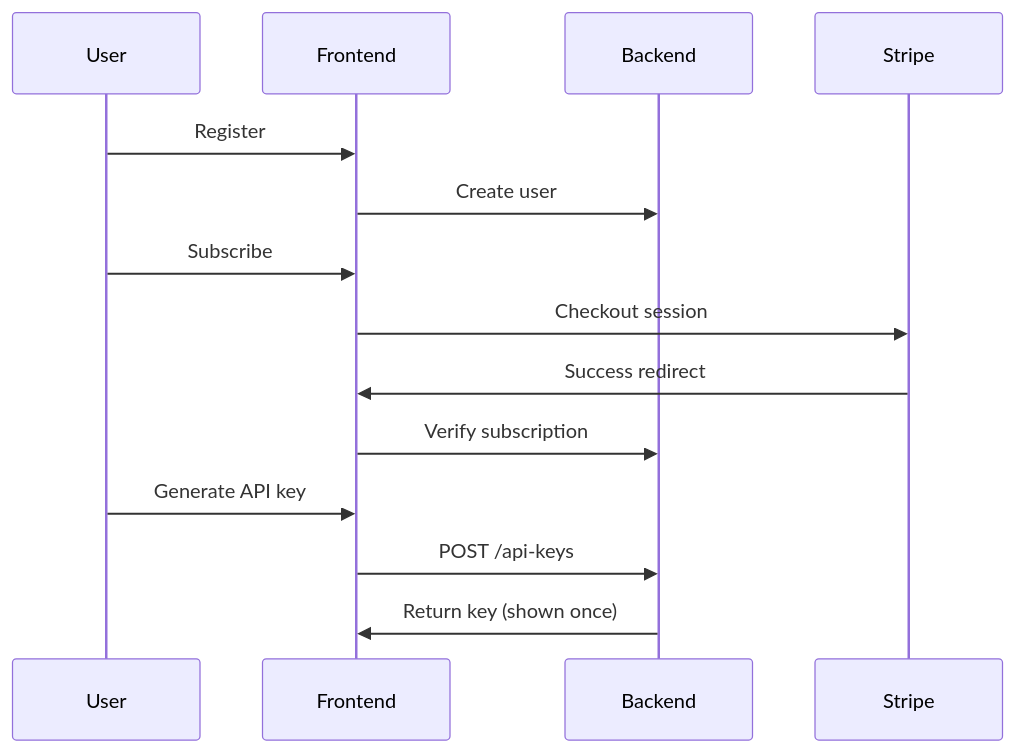
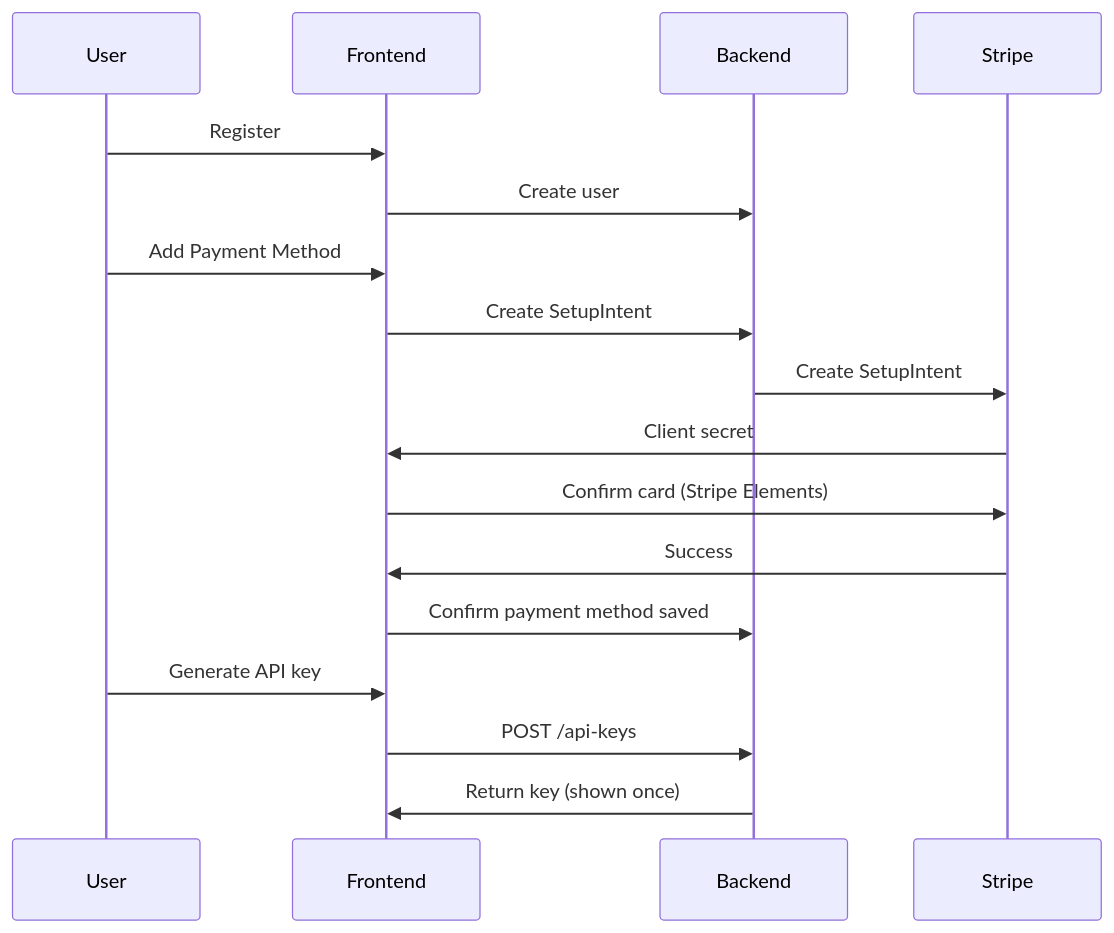
One commit to CRSS-AI/tracepipe-docs changed the diagram in docs/milestones/mvp/frontend.md. Above: the diagram before and after it, drawn with Mermaid. The commit also changed other lines of this file and 9 other files, not shown here.

````diff
--- a/docs/milestones/mvp/frontend.md
+++ b/docs/milestones/mvp/frontend.md
@@ -64,17 +65,20 @@
 ```mermaid
 sequenceDiagram
     participant User
     participant Frontend
     participant Backend
     participant Stripe
     
     User->>Frontend: Register
     Frontend->>Backend: Create user
-    User->>Frontend: Subscribe
-    Frontend->>Stripe: Checkout session
-    Stripe->>Frontend: Success redirect
-    Frontend->>Backend: Verify subscription
+    User->>Frontend: Add Payment Method
+    Frontend->>Backend: Create SetupIntent
+    Backend->>Stripe: Create SetupIntent
+    Stripe->>Frontend: Client secret
+    Frontend->>Stripe: Confirm card (Stripe Elements)
+    Stripe->>Frontend: Success
+    Frontend->>Backend: Confirm payment method saved
     User->>Frontend: Generate API key
     Frontend->>Backend: POST /api-keys
     Backend->>Frontend: Return key (shown once)
 ```
````
